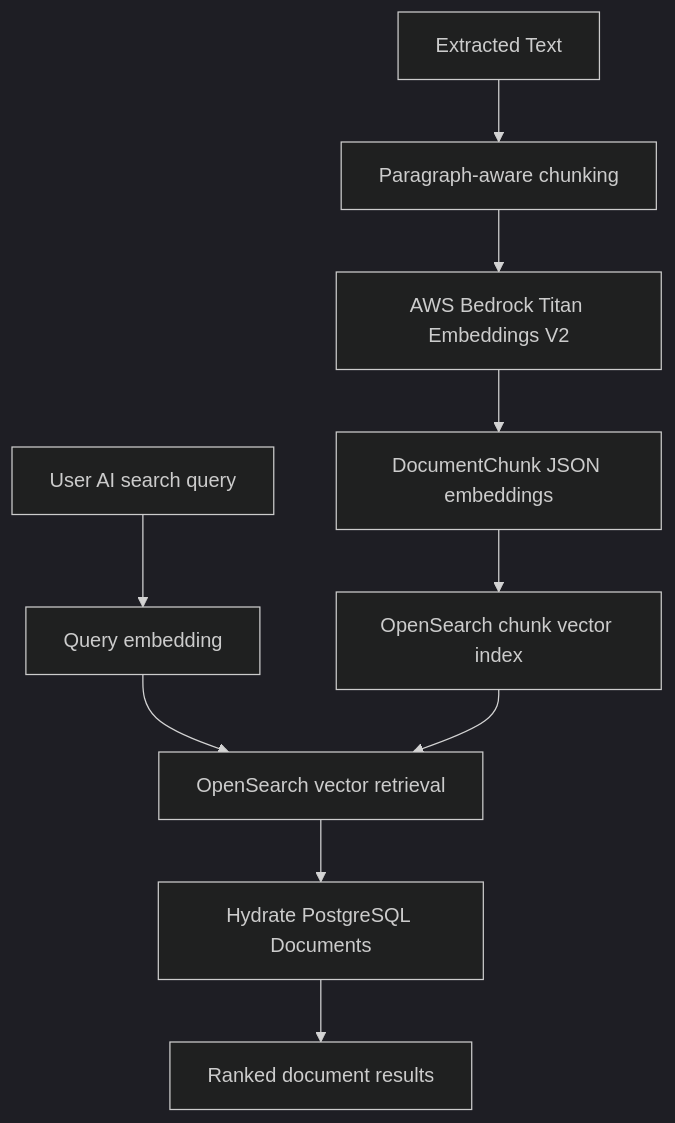
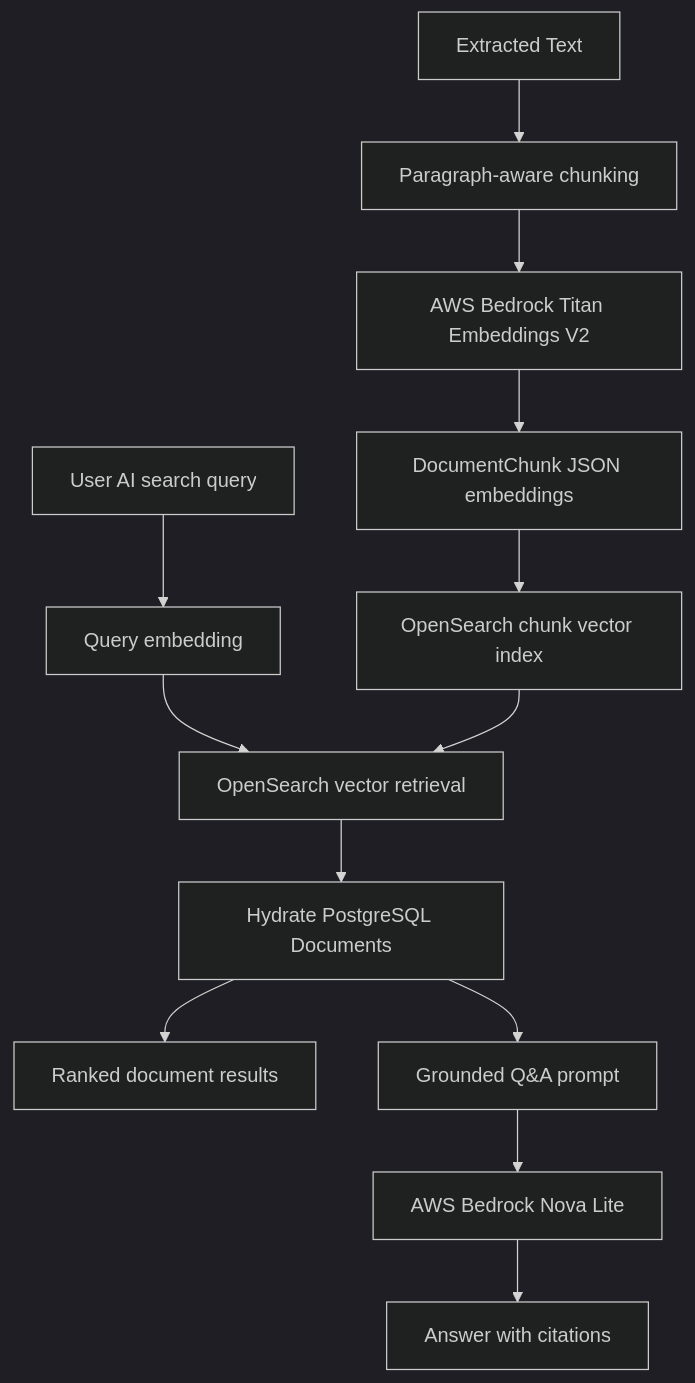
One commit to khaliqueaws-creator/document-management changed the fifth of 5 diagrams in docs/ai-workflow.md. Above: the diagram before and after it, drawn with Mermaid (dark theme). The commit also changed other lines of this file and 33 other files, not shown here.

````diff
--- a/docs/ai-workflow.md
+++ b/docs/ai-workflow.md
@@ -188,12 +188,15 @@
 ```mermaid
 flowchart TB
     Extracted[Extracted Text] --> Chunk[Paragraph-aware chunking]
     Chunk --> Titan[AWS Bedrock Titan Embeddings V2]
     Titan --> Store[DocumentChunk JSON embeddings]
     Query[User AI search query] --> QueryEmbedding[Query embedding]
     Store --> Index[OpenSearch chunk vector index]
     QueryEmbedding --> Search[OpenSearch vector retrieval]
     Index --> Search
     Search --> Hydrate[Hydrate PostgreSQL Documents]
     Hydrate --> Results[Ranked document results]
+    Hydrate --> RAGPrompt[Grounded Q&A prompt]
+    RAGPrompt --> Generator[AWS Bedrock Nova Lite]
+    Generator --> Answer[Answer with citations]
 ```
````
